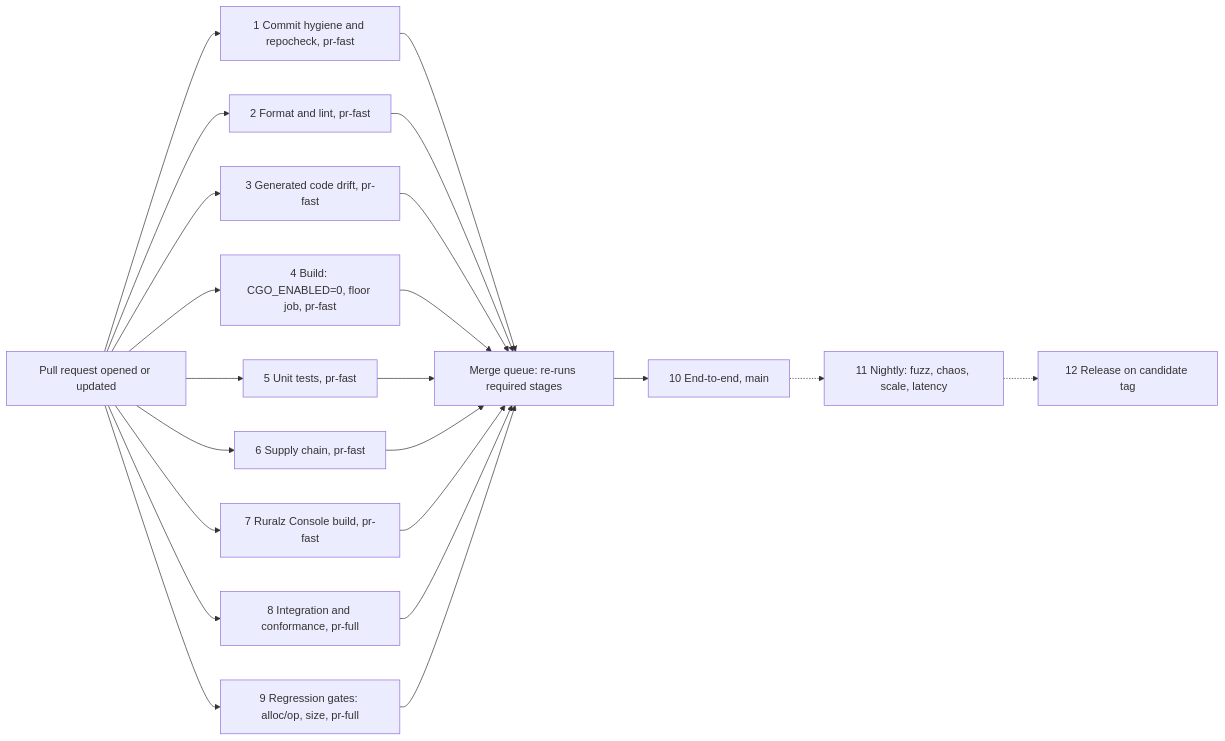
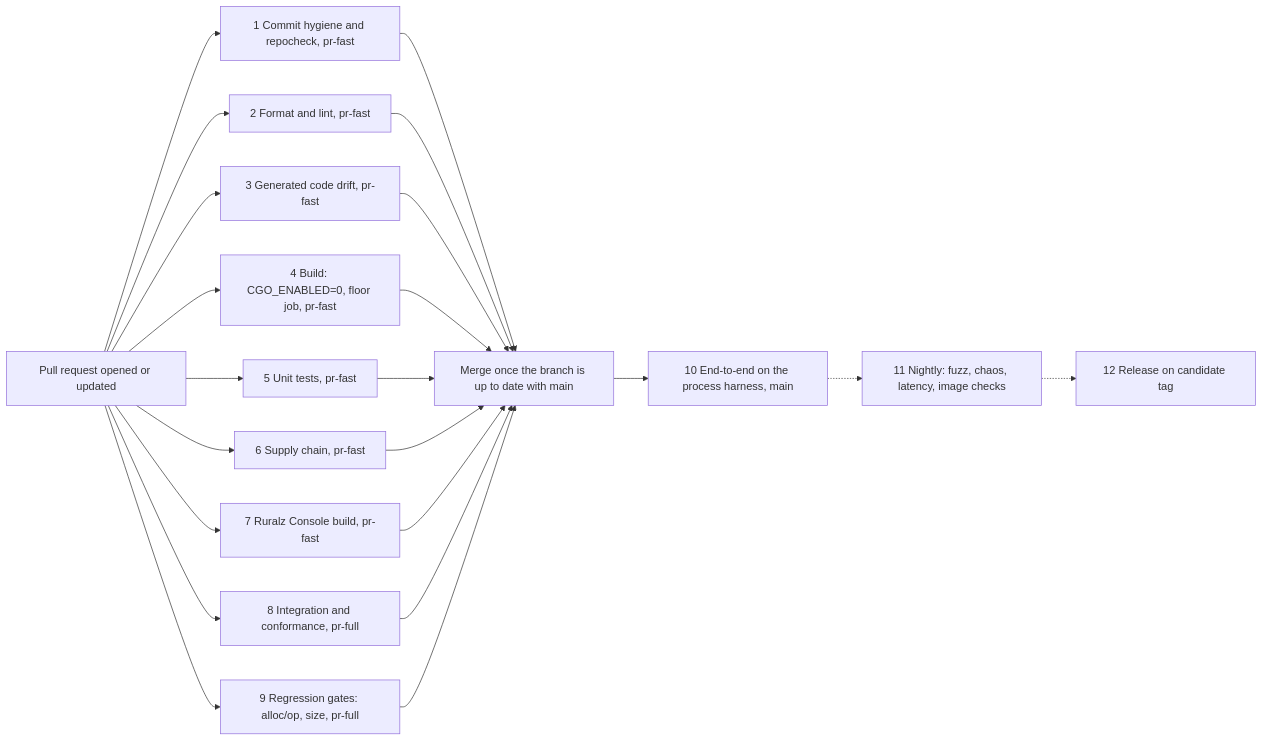
One commit to ravindu-rev/ruralz changed the third of 3 diagrams in docs/engineering/02-repository-layout-and-conventions.md. Above: the diagram before and after it, drawn with Mermaid. The commit also changed other lines of this file and 5552 other files, not shown here.

````diff
--- a/docs/engineering/02-repository-layout-and-conventions.md
+++ b/docs/engineering/02-repository-layout-and-conventions.md
@@ -483,38 +549,38 @@
 ```mermaid
 flowchart LR
   pr["Pull request opened or updated"]
   s1["1 Commit hygiene and repocheck, pr-fast"]
   s2["2 Format and lint, pr-fast"]
   s3["3 Generated code drift, pr-fast"]
   s4["4 Build: CGO_ENABLED=0, floor job, pr-fast"]
   s5["5 Unit tests, pr-fast"]
   s6["6 Supply chain, pr-fast"]
   s7["7 Ruralz Console build, pr-fast"]
   s8["8 Integration and conformance, pr-full"]
   s9["9 Regression gates: alloc/op, size, pr-full"]
-  mq["Merge queue: re-runs required stages"]
-  s10["10 End-to-end, main"]
-  s11["11 Nightly: fuzz, chaos, scale, latency"]
+  up["Merge once the branch is up to date with main"]
+  s10["10 End-to-end on the process harness, main"]
+  s11["11 Nightly: fuzz, chaos, latency, image checks"]
   s12["12 Release on candidate tag"]
   pr --> s1
   pr --> s2
   pr --> s3
   pr --> s4
   pr --> s5
   pr --> s6
   pr --> s7
   pr --> s8
   pr --> s9
-  s1 --> mq
-  s2 --> mq
-  s3 --> mq
-  s4 --> mq
-  s5 --> mq
-  s6 --> mq
-  s7 --> mq
-  s8 --> mq
-  s9 --> mq
-  mq --> s10
+  s1 --> up
+  s2 --> up
+  s3 --> up
+  s4 --> up
+  s5 --> up
+  s6 --> up
+  s7 --> up
+  s8 --> up
+  s9 --> up
+  up --> s10
   s10 -.-> s11
   s11 -.-> s12
 ```
````
